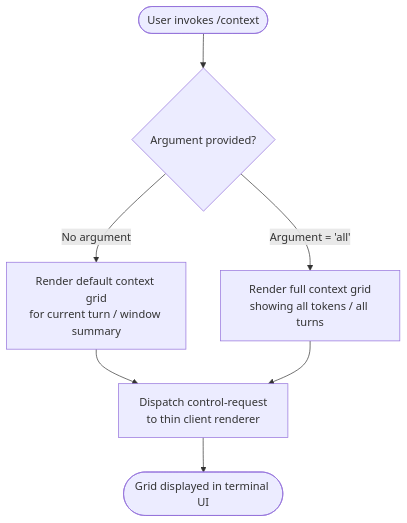
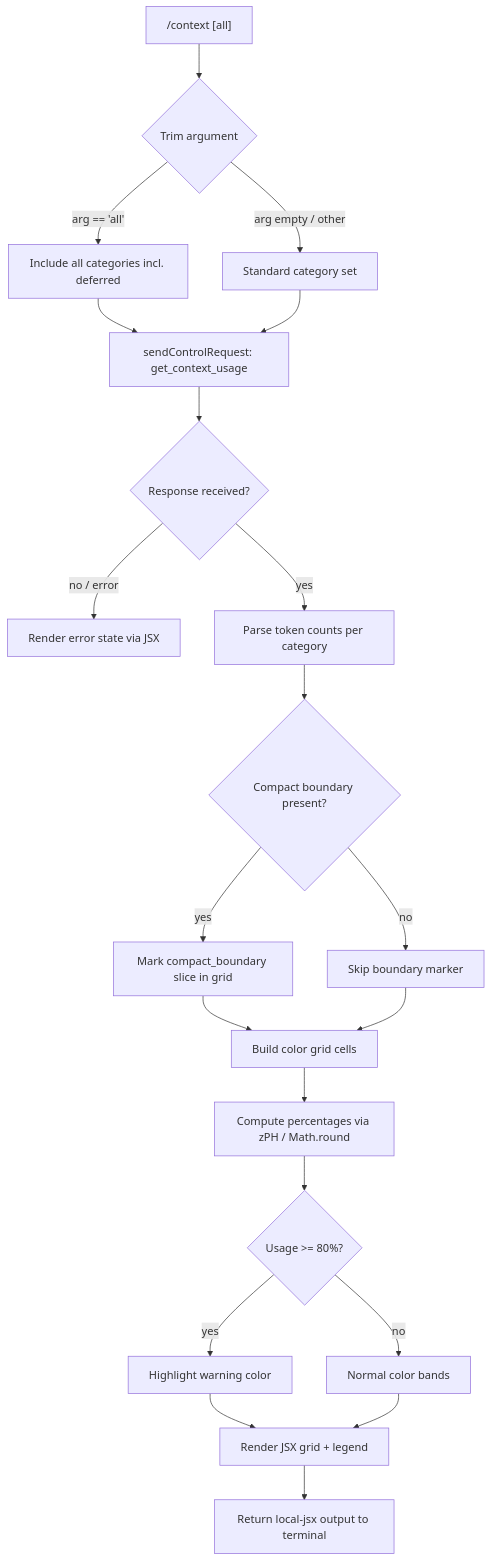
One commit to MyLittleLuckyDog/cc-gnothi changed the diagram in versions/v2.1.141/context.md. Above: the diagram before and after it, drawn with Mermaid. The commit also changed other lines of this file and 483 other files, not shown here.

````diff
--- a/versions/v2.1.141/context.md
+++ b/versions/v2.1.141/context.md
@@ -48,9 +56,23 @@
 ```mermaid
 flowchart TD
-    A([User invokes /context]) --> B{Argument provided?}
-    B -- "No argument" --> C[Render default context grid\nfor current turn / window summary]
-    B -- "Argument = 'all'" --> D[Render full context grid\nshowing all tokens / all turns]
-    C --> E[Dispatch control-request\nto thin client renderer]
+    A["/context [all]"] --> B{Trim argument}
+    B -- "arg == 'all'" --> C[Include all categories incl. deferred]
+    B -- "arg empty / other" --> D[Standard category set]
+    C --> E[sendControlRequest: get_context_usage]
     D --> E
-    E --> F([Grid displayed in terminal UI])
+    E --> F{Response received?}
+    F -- "no / error" --> G[Render error state via JSX]
+    F -- "yes" --> H[Parse token counts per category]
+    H --> I{Compact boundary present?}
+    I -- "yes" --> J[Mark compact_boundary slice in grid]
+    I -- "no" --> K[Skip boundary marker]
+    J --> L[Build color grid cells]
+    K --> L
+    L --> M[Compute percentages via zPH / Math.round]
+    M --> N{Usage >= 80%?}
+    N -- "yes" --> O[Highlight warning color]
+    N -- "no" --> P[Normal color bands]
+    O --> Q[Render JSX grid + legend]
+    P --> Q
+    Q --> R[Return local-jsx output to terminal]
 ```
````
